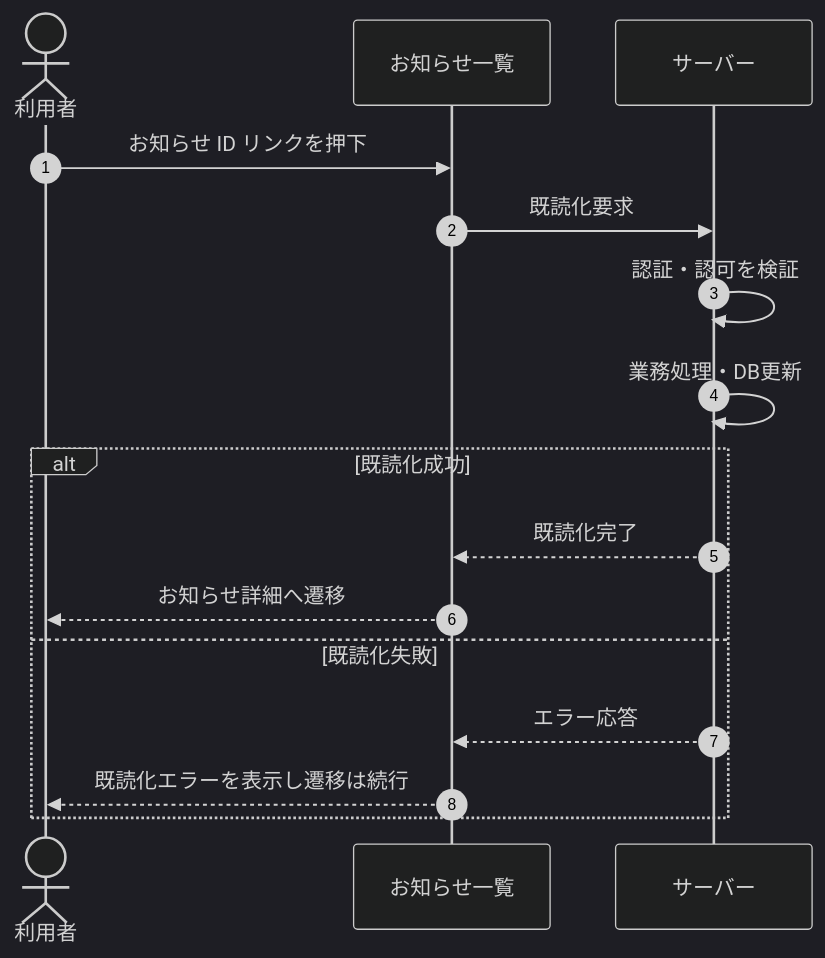
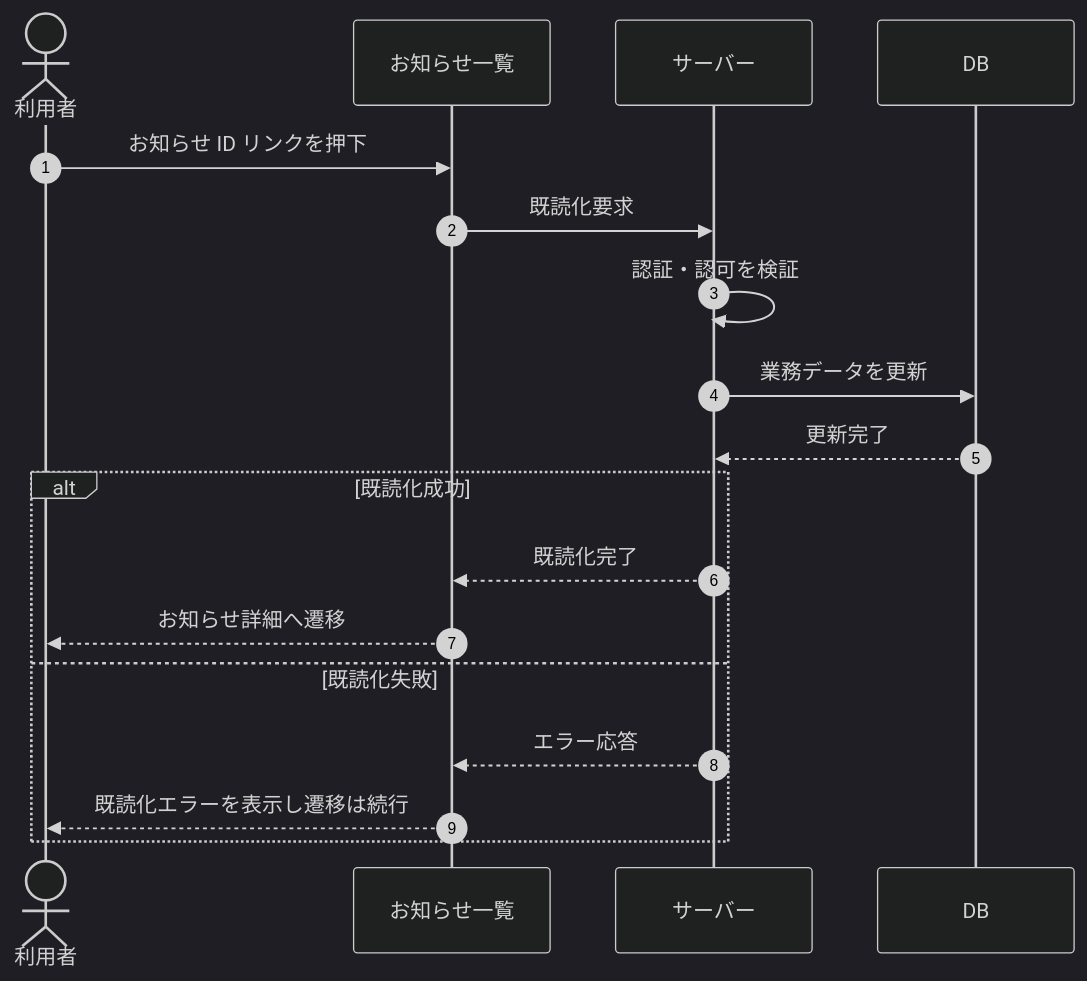
Before and after one commit to sikakou54/open-faq: the diagram in 02_basic_design/03_sequences/SEQ-058.md, drawn with Mermaid (dark theme). The commit also changed other lines of this file and 122 other files, not shown here.

First line of the commit message:
シーケンス図に DB アクターを追加(DB 操作をサーバー自己メッセージから分離)

````diff
--- a/02_basic_design/03_sequences/SEQ-058.md
+++ b/02_basic_design/03_sequences/SEQ-058.md
@@ -26,18 +26,20 @@
 ```mermaid
 sequenceDiagram
   autonumber
   actor U as 利用者
   participant Screen as お知らせ一覧
   participant Server as サーバー
+  participant DB as DB
   U->>Screen: お知らせ ID リンクを押下
   Screen->>Server: 既読化要求
   Server->>Server: 認証・認可を検証
-  Server->>Server: 業務処理・DB更新
+  Server->>DB: 業務データを更新
+  DB-->>Server: 更新完了
   alt 既読化成功
     Server-->>Screen: 既読化完了
     Screen-->>U: お知らせ詳細へ遷移
   else 既読化失敗
     Server-->>Screen: エラー応答
     Screen-->>U: 既読化エラーを表示し遷移は続行
   end
 ```
````
